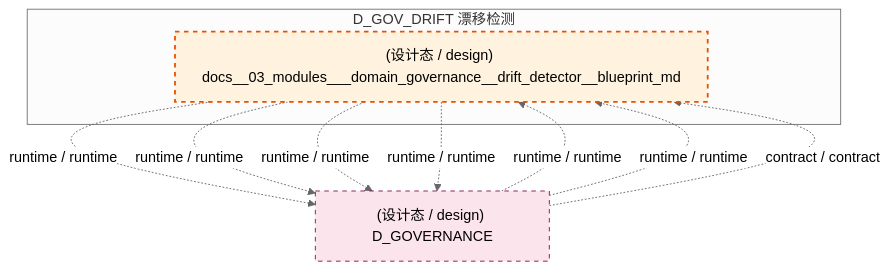
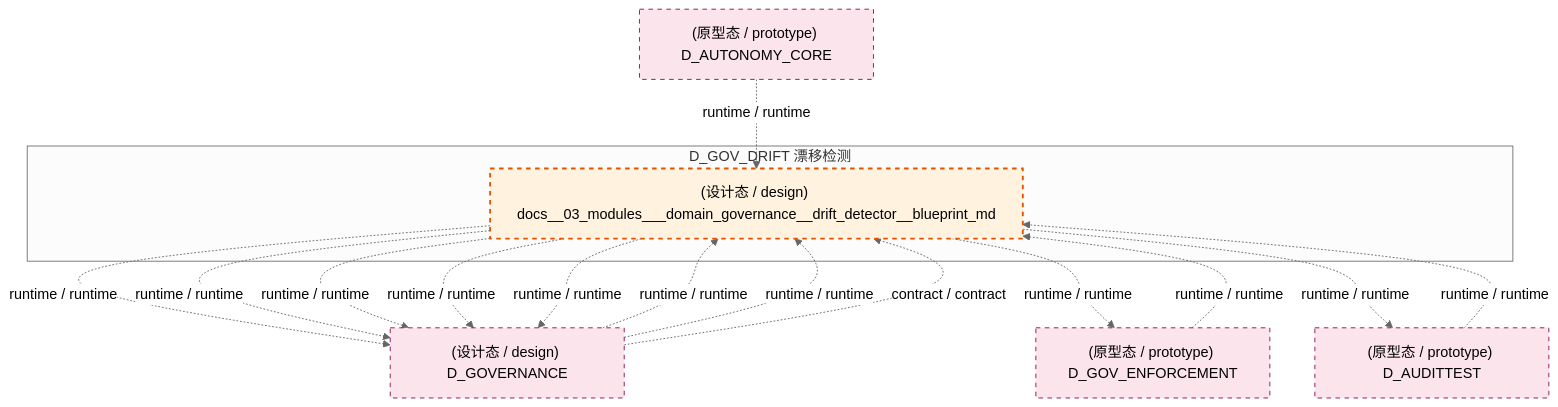
Before and after one commit to xuanFelixVan/ZephyrAlpha: the second of 3 diagrams in docs/02_enterprise_architecture/02_domain_architecture_docs/34_d_gov_drift.md, drawn with Mermaid (neutral theme). The commit also changed other lines of this file and 99 other files, not shown here.

````diff
--- a/docs/02_enterprise_architecture/02_domain_architecture_docs/34_d_gov_drift.md
+++ b/docs/02_enterprise_architecture/02_domain_architecture_docs/34_d_gov_drift.md
@@ -95,20 +104,29 @@
 ```mermaid
 graph TD
     subgraph D_GOV_DRIFT["D_GOV_DRIFT 漂移检测"]
         docs_03_modules_domain_governance_drift_detector_blueprint_md["(设计态 / design) docs__03_modules___domain_governance__drift_detector__blueprint_md"]
     end
     D_GOVERNANCE["(设计态 / design) D_GOVERNANCE"]
     docs_03_modules_domain_governance_drift_detector_blueprint_md -.->|runtime / runtime| D_GOVERNANCE
     docs_03_modules_domain_governance_drift_detector_blueprint_md -.->|runtime / runtime| D_GOVERNANCE
+    D_GOV_ENFORCEMENT["(原型态 / prototype) D_GOV_ENFORCEMENT"]
+    docs_03_modules_domain_governance_drift_detector_blueprint_md -.->|runtime / runtime| D_GOV_ENFORCEMENT
+    D_AUDITTEST["(原型态 / prototype) D_AUDITTEST"]
+    docs_03_modules_domain_governance_drift_detector_blueprint_md -.->|runtime / runtime| D_AUDITTEST
     docs_03_modules_domain_governance_drift_detector_blueprint_md -.->|runtime / runtime| D_GOVERNANCE
     docs_03_modules_domain_governance_drift_detector_blueprint_md -.->|runtime / runtime| D_GOVERNANCE
+    docs_03_modules_domain_governance_drift_detector_blueprint_md -.->|runtime / runtime| D_GOVERNANCE
+    D_GOV_ENFORCEMENT -.->|runtime / runtime| docs_03_modules_domain_governance_drift_detector_blueprint_md
     D_GOVERNANCE -.->|runtime / runtime| docs_03_modules_domain_governance_drift_detector_blueprint_md
     D_GOVERNANCE -.->|runtime / runtime| docs_03_modules_domain_governance_drift_detector_blueprint_md
     D_GOVERNANCE -.->|contract / contract| docs_03_modules_domain_governance_drift_detector_blueprint_md
+    D_AUTONOMY_CORE["(原型态 / prototype) D_AUTONOMY_CORE"]
+    D_AUTONOMY_CORE -.->|runtime / runtime| docs_03_modules_domain_governance_drift_detector_blueprint_md
+    D_AUDITTEST -.->|runtime / runtime| docs_03_modules_domain_governance_drift_detector_blueprint_md
     classDef production fill:#e1f5fe,stroke:#01579b,stroke-width:2px,color:#000
     classDef design fill:#fff3e0,stroke:#e65100,stroke-width:2px,color:#000,stroke-dasharray: 5 5
     classDef external_prod fill:#e8f5e9,stroke:#1b5e20,stroke-width:1px,color:#000
     classDef external_design fill:#fce4ec,stroke:#880e4f,stroke-width:1px,color:#000,stroke-dasharray: 5 5
     class docs_03_modules_domain_governance_drift_detector_blueprint_md design
-    class D_GOVERNANCE external_design
+    class D_GOVERNANCE,D_GOV_ENFORCEMENT,D_AUDITTEST,D_AUTONOMY_CORE external_design
 ```
````
